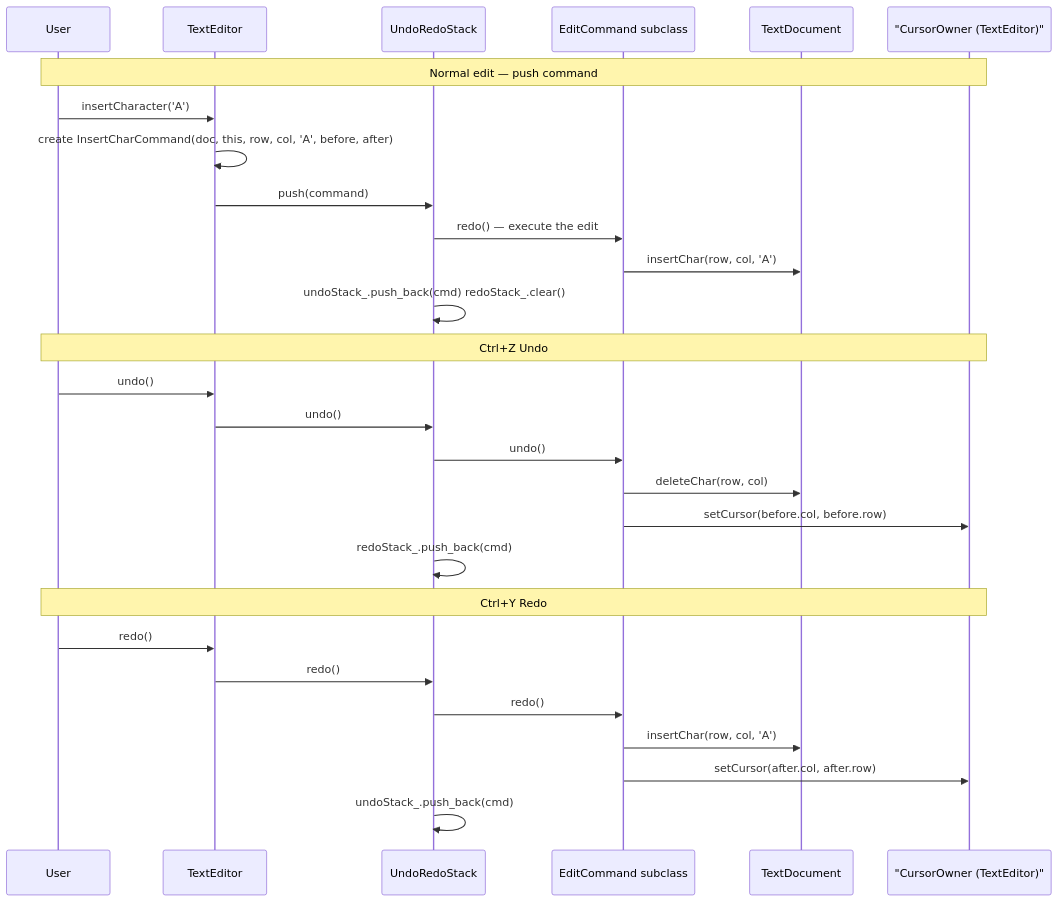
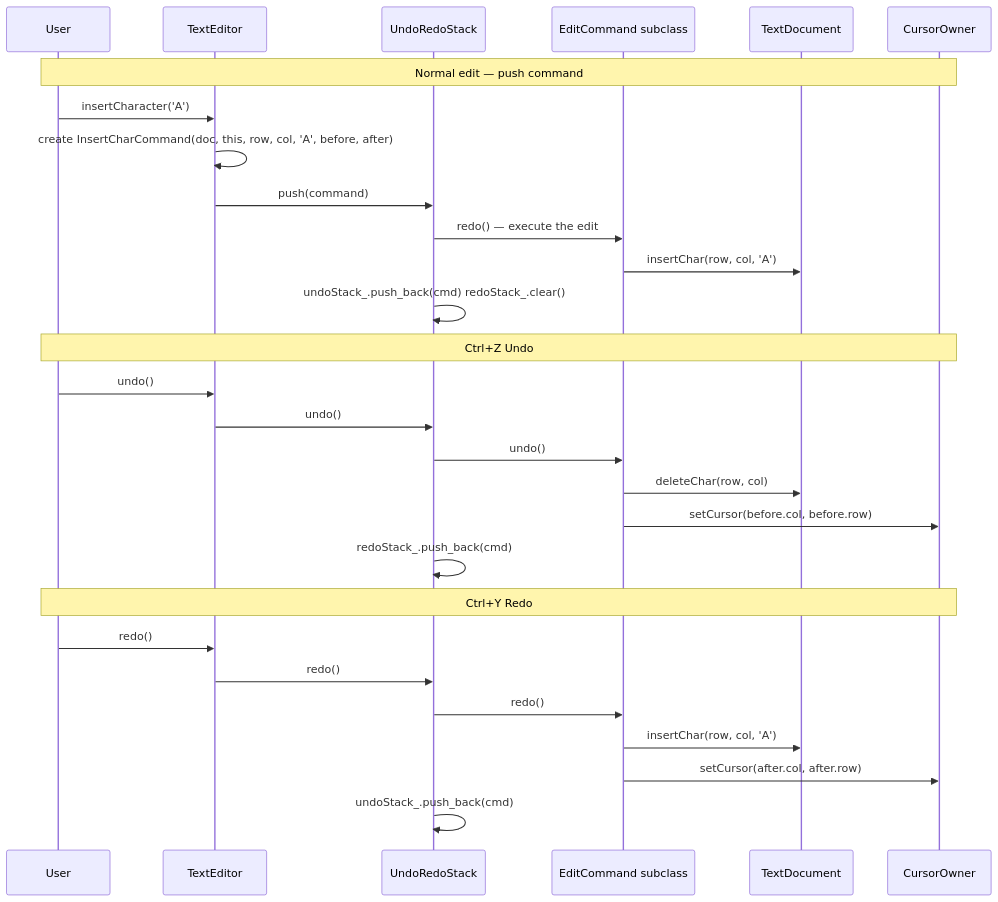
One commit to PRADEEPERIYASAMY/piecetable-editor changed the ninth of 24 diagrams in README.md. Above: the diagram before and after it, drawn with Mermaid. The commit also changed other lines of this file, not shown here.

Commit message:
docs: Fix Mermaid compatibility for GitHub rendering

````diff
--- a/README.md
+++ b/README.md
@@ -897,33 +844,33 @@
 ```mermaid
 sequenceDiagram
     participant User
     participant TE as TextEditor
     participant UR as UndoRedoStack
     participant CMD as EditCommand subclass
     participant TD as TextDocument
-    participant CO as "CursorOwner (TextEditor)"
+    participant CO as CursorOwner
 
     Note over User,CO: Normal edit — push command
     User ->> TE: insertCharacter('A')
     TE ->> TE: create InsertCharCommand(doc, this, row, col, 'A', before, after)
     TE ->> UR: push(command)
     UR ->> CMD: redo() — execute the edit
     CMD ->> TD: insertChar(row, col, 'A')
     UR ->> UR: undoStack_.push_back(cmd) redoStack_.clear()
 
     Note over User,CO: Ctrl+Z Undo
     User ->> TE: undo()
     TE ->> UR: undo()
     UR ->> CMD: undo()
     CMD ->> TD: deleteChar(row, col)
     CMD ->> CO: setCursor(before.col, before.row)
     UR ->> UR: redoStack_.push_back(cmd)
 
     Note over User,CO: Ctrl+Y Redo
     User ->> TE: redo()
     TE ->> UR: redo()
     UR ->> CMD: redo()
     CMD ->> TD: insertChar(row, col, 'A')
     CMD ->> CO: setCursor(after.col, after.row)
     UR ->> UR: undoStack_.push_back(cmd)
 ```
````
